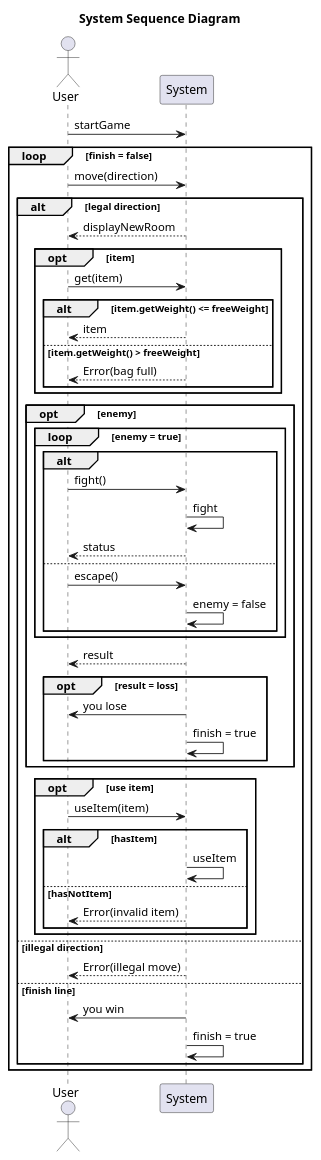
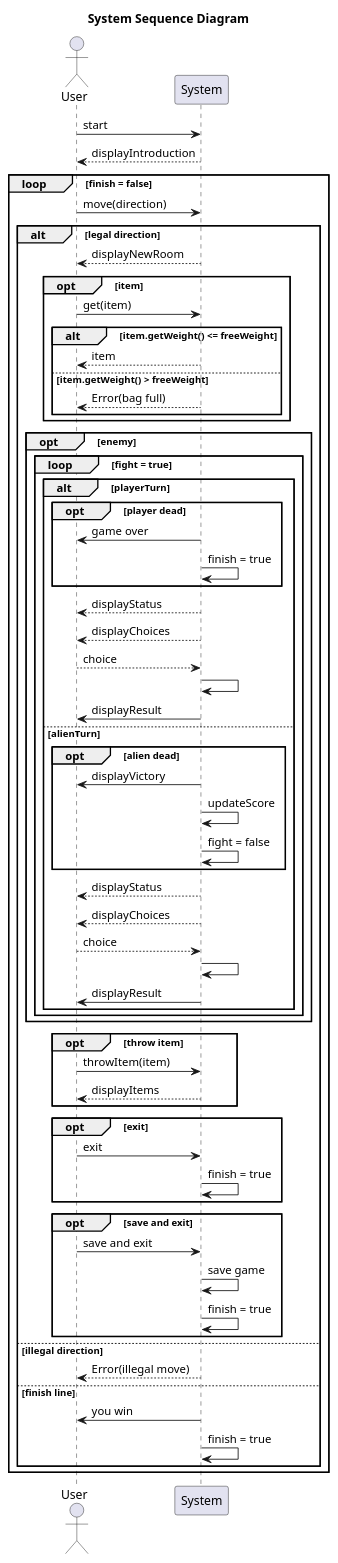
Before and after one commit to EDIDS/EDIDS_Proj: the diagram in src/main/java/com/extraction/uml/uml diagrams/System-Sequence-Diagram.puml, drawn with PlantUML. The commit also changed 12 other files, not shown here.

Commit message:
Almost finished diagrams.

```diff
--- a/src/main/java/com/extraction/uml/uml diagrams/System-Sequence-Diagram.puml
+++ b/src/main/java/com/extraction/uml/uml diagrams/System-Sequence-Diagram.puml
@@ -1,54 +1,69 @@
 @startuml
 
 title System Sequence Diagram
 
 actor User
 participant System
 
-User -> System : startGame
+User -> System : start
+return displayIntroduction
 loop finish = false
     User -> System : move(direction)
     alt legal direction
         System --> User : displayNewRoom
         opt item
             User -> System : get(item)
             alt item.getWeight() <= freeWeight
                 return item
             else item.getWeight() > freeWeight
                 System --> User : Error(bag full)
             end
         end
         opt enemy
-            loop enemy = true
-                alt
-                    User -> System : fight()
-                    System -> System : fight
-                    System --> User : status
-                else
-                    User -> System : escape()
-                    System -> System : enemy = false
+            loop fight = true
+                alt playerTurn
+                    opt player dead
+                        System -> User : game over
+                        System -> System : finish = true
+                    end
+                    System --> User : displayStatus
+                    System --> User : displayChoices
+                    return choice
+                    System -> System
+                    System -> User : displayResult
+                else alienTurn
+                    opt alien dead
+                        System -> User : displayVictory
+                        System -> System : updateScore
+                        System -> System : fight = false
+                    end
+                    System --> User : displayStatus
+                    System --> User : displayChoices
+                    return choice
+                    System -> System
+                    System -> User : displayResult
                 end
             end
-            System --> User : result
-            opt result = loss
-                System -> User : you lose
-                System -> System : finish = true
-            end
         end
-    opt use item
-        User -> System : useItem(item)
-        alt hasItem
-            System -> System : useItem
-        else hasNotItem
-            System --> User : Error(invalid item)
-        end
+    opt throw item
+        User -> System : throwItem(item)
+        return displayItems
+    end
+    opt exit
+        User -> System : exit
+        System -> System : finish = true
+    end
+    opt save and exit
+        User -> System : save and exit
+        System -> System : save game
+        System -> System : finish = true
     end
   else illegal direction
     System --> User : Error(illegal move)
   else finish line
     System -> User : you win
     System -> System : finish = true
   end
 end
 
 @enduml
```
